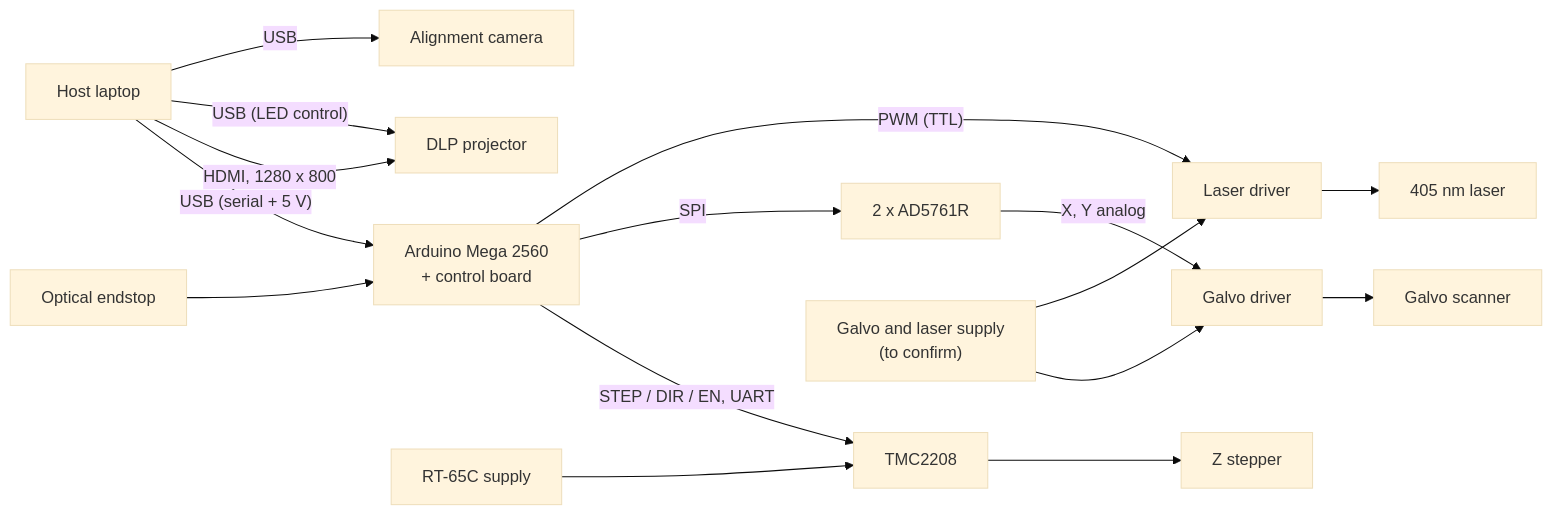
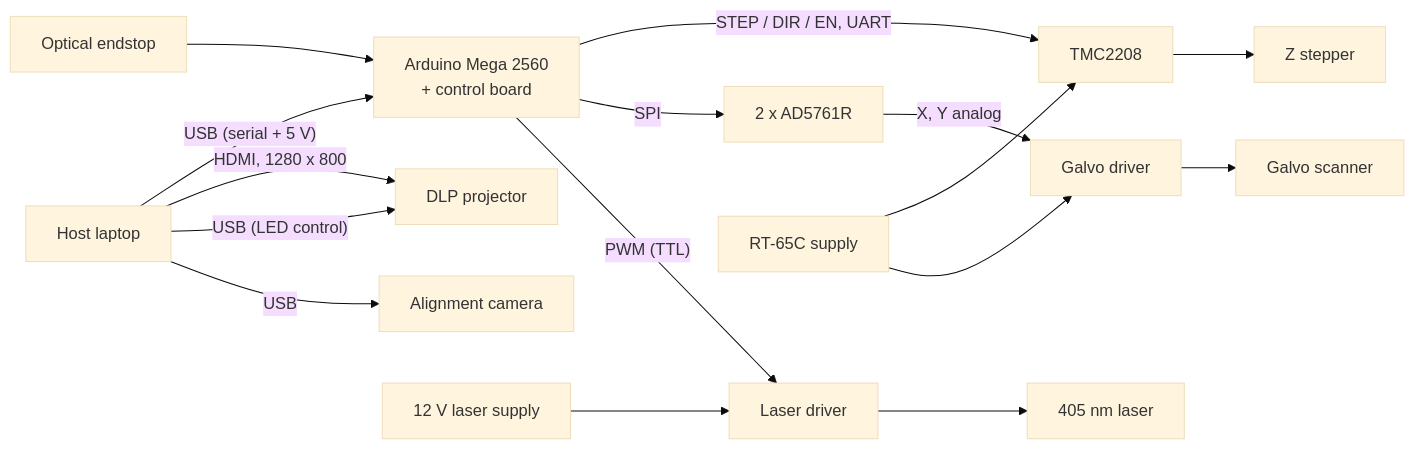
The diagram in docs/build/wiring.md (xmiao8/HybridMASC), drawn with Mermaid (base theme) before and after one commit. The commit also changed other lines of this file and 3 other files, not shown here.

First line of the commit message:
Parts list: the laser runs from its own 12 V, 2 A supply

````diff
--- a/docs/build/wiring.md
+++ b/docs/build/wiring.md
@@ -5,14 +5,14 @@
 ```mermaid
 flowchart LR
     H["Host laptop"] -- "USB (serial + 5 V)" --> M["Arduino Mega 2560<br/>+ control board"]
     H -- "HDMI, 1280 x 800" --> J["DLP projector"]
     H -- "USB (LED control)" --> J
     H -- "USB" --> C["Alignment camera"]
     M -- "STEP / DIR / EN, UART" --> D["TMC2208"] --> Z["Z stepper"]
     E["Optical endstop"] --> M
     M -- "SPI" --> DAC["2 x AD5761R"] -- "X, Y analog" --> GD["Galvo driver"] --> G["Galvo scanner"]
     M -- "PWM (TTL)" --> LD["Laser driver"] --> L["405 nm laser"]
     P1["RT-65C supply"] --> D
-    P2["Galvo and laser supply<br/>(to confirm)"] --> GD
-    P2 --> LD
+    P1 --> GD
+    P2["12 V laser supply"] --> LD
 ```
````
